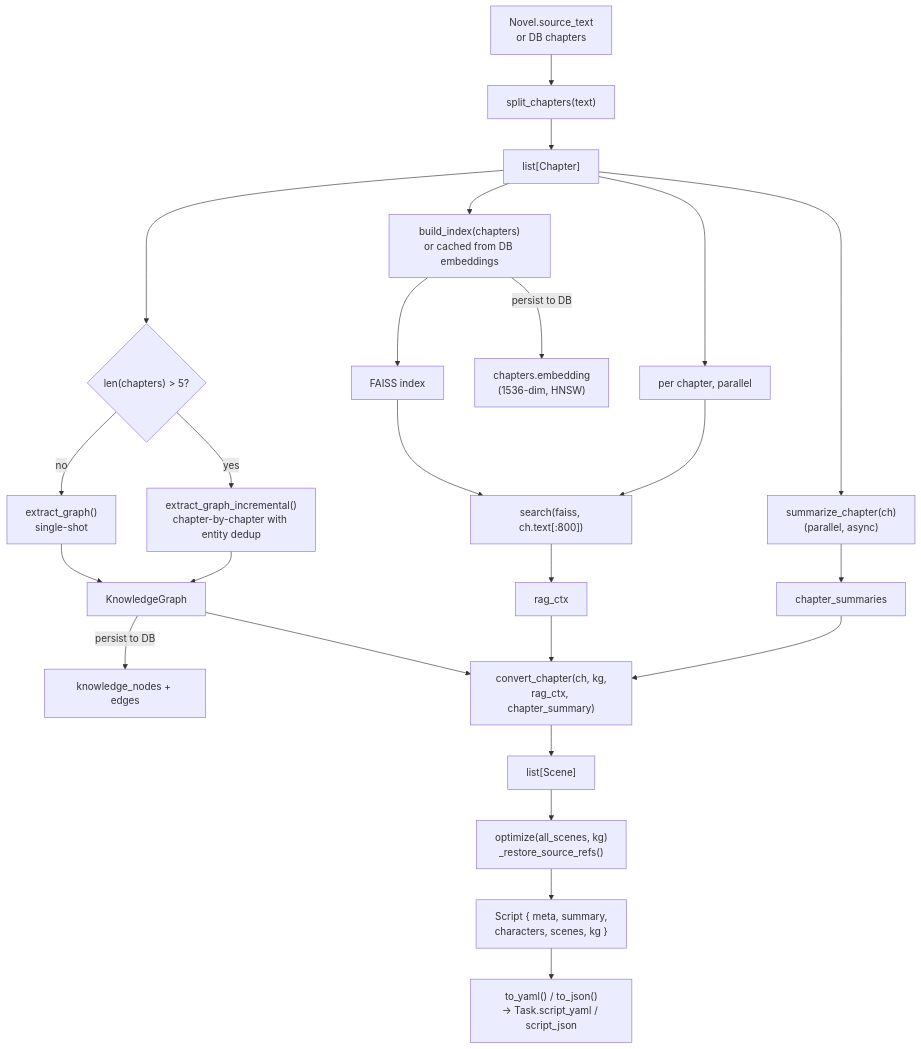
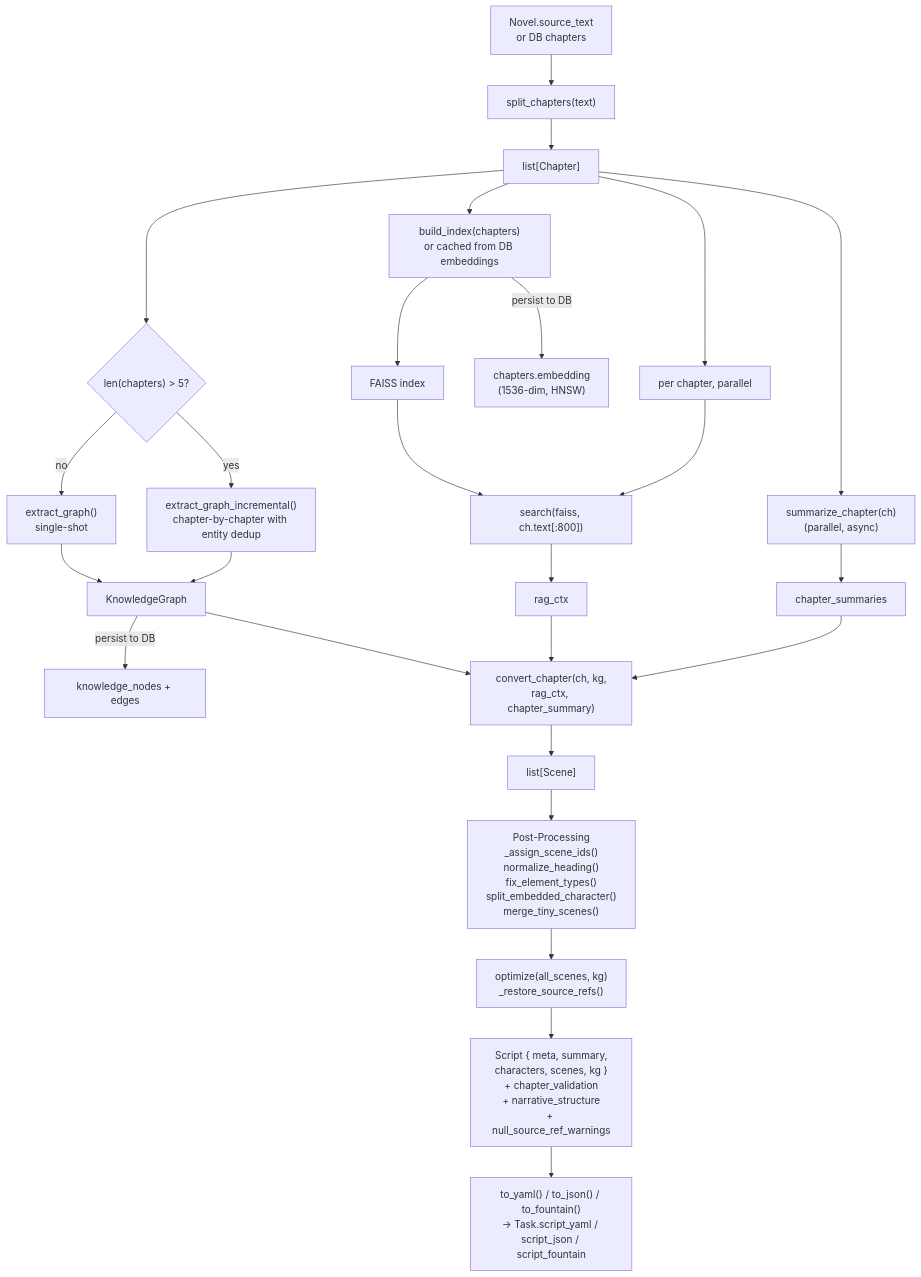
Diagram 15 of 19 in docs/business-logic.md (Dinosaur-MC/NovelScript), drawn with Mermaid before and after one commit. The commit also changed other lines of this file and 2 other files, not shown here.

````diff
--- a/docs/business-logic.md
+++ b/docs/business-logic.md
@@ -737,27 +740,28 @@
 ```mermaid
 flowchart TD
     A["Novel.source_text<br/>or DB chapters"] --> B["split_chapters(text)"]
     B --> C["list[Chapter]"]
     C --> D["summarize_chapter(ch)<br/>(parallel, async)"]
     D --> E["chapter_summaries"]
     C --> F["build_index(chapters)<br/>or cached from DB embeddings"]
     F --> G["FAISS index"]
     C --> H{"len(chapters) > 5?"}
     H -->|yes| I["extract_graph_incremental()<br/>chapter-by-chapter with entity dedup"]
     H -->|no| J["extract_graph()<br/>single-shot"]
     I --> K["KnowledgeGraph"]
     J --> K
     K -->|"persist to DB"| KGDB["knowledge_nodes + edges"]
     F -->|"persist to DB"| VDB["chapters.embedding<br/>(1536-dim, HNSW)"]
     C --> PERCH["per chapter, parallel"]
     PERCH --> SRCH["search(faiss, ch.text[:800])"]
     SRCH --> RAG["rag_ctx"]
     G --> SRCH
     E --> CONV["convert_chapter(ch, kg,<br/>rag_ctx, chapter_summary)"]
     RAG --> CONV
     K --> CONV
     CONV --> SCENES["list[Scene]"]
-    SCENES --> OPT["optimize(all_scenes, kg)<br/>_restore_source_refs()"]
-    OPT --> SCR["Script { meta, summary,<br/>characters, scenes, kg }"]
-    SCR --> EXP["to_yaml() / to_json()<br/>→ Task.script_yaml / script_json"]
+    SCENES --> PP["Post-Processing<br/>_assign_scene_ids()<br/>normalize_heading()<br/>fix_element_types()<br/>split_embedded_character()<br/>merge_tiny_scenes()"]
+    PP --> OPT["optimize(all_scenes, kg)<br/>_restore_source_refs()"]
+    OPT --> SCR["Script { meta, summary,<br/>characters, scenes, kg }<br/>+ chapter_validation<br/>+ narrative_structure<br/>+ null_source_ref_warnings"]
+    SCR --> EXP["to_yaml() / to_json() / to_fountain()<br/>→ Task.script_yaml / script_json / script_fountain"]
 ```
````
